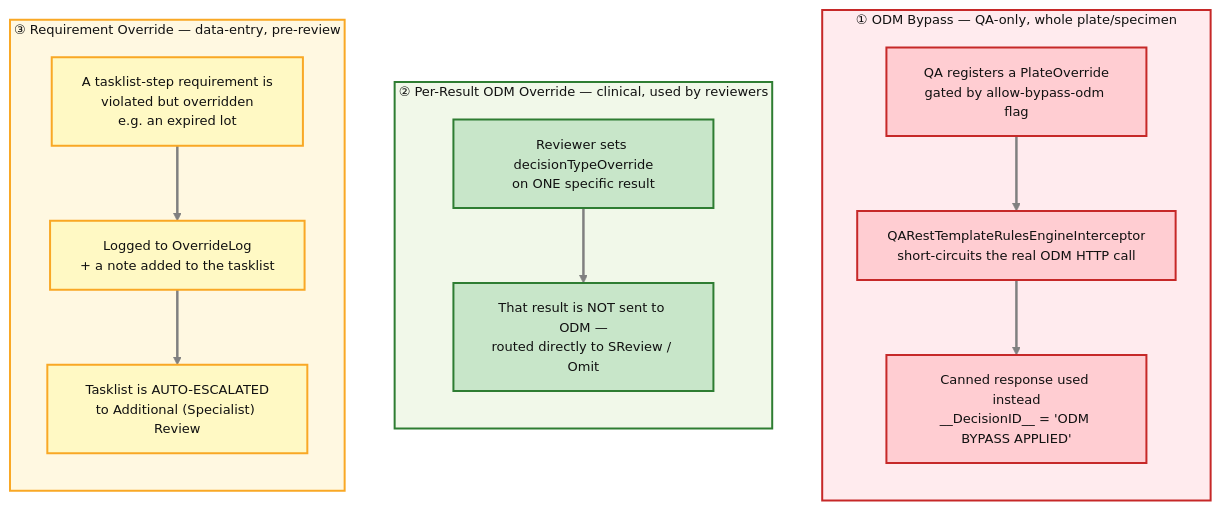
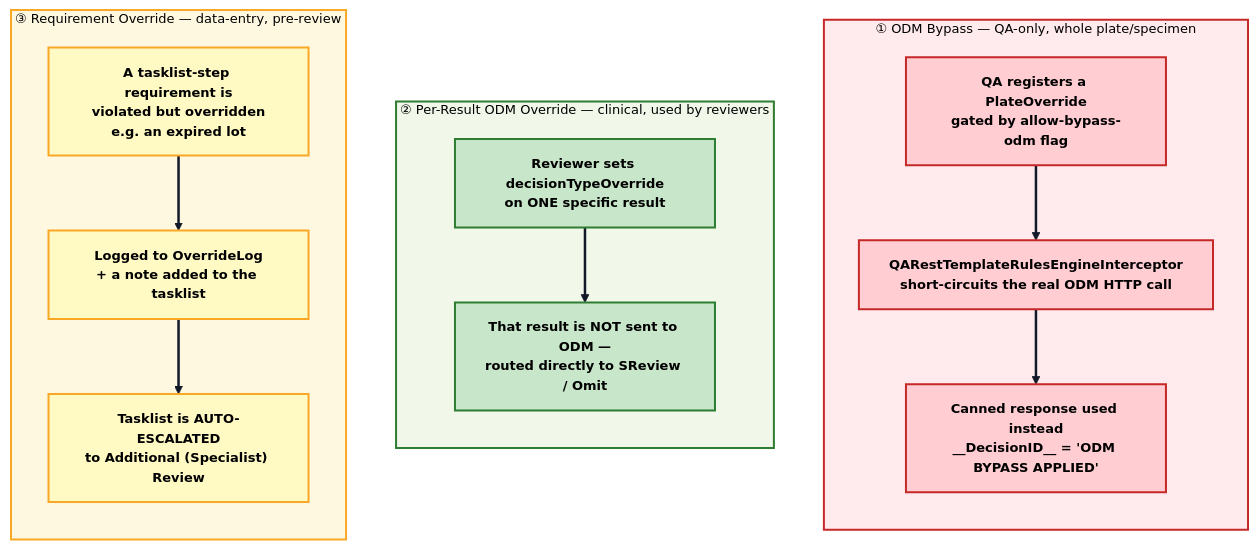
The sixth of 6 diagrams in src/assets/pages/app-resources/nerds/appDetails/00step/review-stage/review-stage.md (fengyanglin09/my-work-dashboard-app), drawn with Mermaid before and after one commit. The commit also changed other lines of this file and 35 other files, not shown here.

Commit message:
Add new mermaid diagrams for workflow and testing processes

````diff
--- a/src/assets/pages/app-resources/nerds/appDetails/00step/review-stage/review-stage.md
+++ b/src/assets/pages/app-resources/nerds/appDetails/00step/review-stage/review-stage.md
@@ -319,34 +319,34 @@
 ```mermaid
-%%{init: {"theme":"base", "themeVariables":{"background":"#ffffff","lineColor":"#808080","edgeLabelBackground":"#ffffff","fontSize":"13px"}, "flowchart":{"curve":"basis"}}}%%
+%%{init: {"theme":"base", "themeVariables":{"background":"#ffffff","mainBkg":"#ffffff","primaryColor":"#f8fafc","primaryTextColor":"#000000","primaryBorderColor":"#111827","secondaryColor":"#f8fafc","secondaryTextColor":"#000000","secondaryBorderColor":"#111827","tertiaryColor":"#f8fafc","tertiaryTextColor":"#000000","tertiaryBorderColor":"#111827","lineColor":"#111827","defaultLinkColor":"#111827","nodeTextColor":"#000000","textColor":"#000000","titleColor":"#000000","edgeLabelBackground":"#ffffff","clusterBkg":"#f8fafc","clusterBorder":"#111827","fontSize":"13px"}, "themeCSS":".nodeLabel,.nodeLabel *,.edgeLabel,.edgeLabel *,.cluster-label,.cluster-label *,.label,.label *,foreignObject,foreignObject *,text,tspan{color:#000000 !important;fill:#000000 !important;font-weight:700 !important;}.edgeLabel rect,.labelBkg{fill:#ffffff !important;opacity:0.96 !important;}", "flowchart":{"curve":"basis","htmlLabels":false}}}%%
 flowchart TB
     subgraph A["① ODM Bypass — QA-only, whole plate/specimen"]
         direction TB
         A1["QA registers a PlateOverride<br/>gated by allow-bypass-odm flag"] --> A2["QARestTemplateRulesEngineInterceptor<br/>short-circuits the real ODM HTTP call"]
         A2 --> A3["Canned response used instead<br/>__DecisionID__ = 'ODM BYPASS APPLIED'"]
     end
 
     subgraph B["② Per-Result ODM Override — clinical, used by reviewers"]
         direction TB
         B1["Reviewer sets decisionTypeOverride<br/>on ONE specific result"] --> B2["That result is NOT sent to ODM —<br/>routed directly to SReview / Omit"]
     end
 
     subgraph C["③ Requirement Override — data-entry, pre-review"]
         direction TB
         C1["A tasklist-step requirement is<br/>violated but overridden<br/>e.g. an expired lot"] --> C2["Logged to OverrideLog<br/>+ a note added to the tasklist"]
         C2 --> C3["Tasklist is AUTO-ESCALATED<br/>to Additional (Specialist) Review"]
     end
 
-    classDef qa    fill:#ffcdd2,stroke:#c62828,stroke-width:2px,color:#111111;
-    classDef clin  fill:#c8e6c9,stroke:#2e7d32,stroke-width:2px,color:#111111;
-    classDef data  fill:#fff9c4,stroke:#f9a825,stroke-width:2px,color:#111111;
+    classDef qa    fill:#ffcdd2,stroke:#c62828,stroke-width:2px,color:#000000,font-weight:700;
+    classDef clin  fill:#c8e6c9,stroke:#2e7d32,stroke-width:2px,color:#000000,font-weight:700;
+    classDef data  fill:#fff9c4,stroke:#f9a825,stroke-width:2px,color:#000000,font-weight:700;
 
     class A1,A2,A3 qa;
     class B1,B2 clin;
     class C1,C2,C3 data;
 
-    style A fill:#ffebee,stroke:#c62828,stroke-width:2px,color:#111111
-    style B fill:#f1f8e9,stroke:#2e7d32,stroke-width:2px,color:#111111
-    style C fill:#fff8e1,stroke:#f9a825,stroke-width:2px,color:#111111
+    style A fill:#ffebee,stroke:#c62828,stroke-width:2px,color:#000000,font-weight:700
+    style B fill:#f1f8e9,stroke:#2e7d32,stroke-width:2px,color:#000000,font-weight:700
+    style C fill:#fff8e1,stroke:#f9a825,stroke-width:2px,color:#000000,font-weight:700
 
-    linkStyle default stroke:#808080,stroke-width:2.5px
+    linkStyle default stroke:#111827,stroke-width:2.5px
 ```
````
